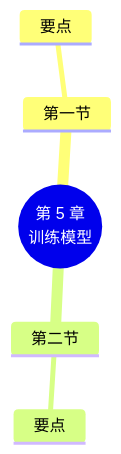
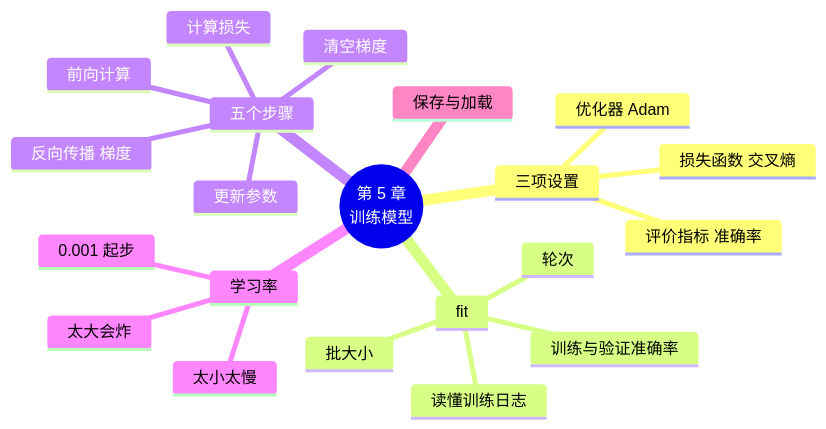
Before and after one commit to MingziFu9/ai-frameworks: the diagram in docs/chapters/05-training/index.md, drawn with Mermaid. The commit also changed other lines of this file and 24 other files, not shown here.

````diff
--- a/docs/chapters/05-training/index.md
+++ b/docs/chapters/05-training/index.md
@@ -185,8 +635,24 @@
 ```mermaid
 mindmap
   root((第 5 章<br/>训练模型))
-    第一节
-      要点
-    第二节
-      要点
+    三项设置
+      损失函数 交叉熵
+      优化器 Adam
+      评价指标 准确率
+    fit
+      轮次
+      批大小
+      读懂训练日志
+      训练与验证准确率
+    五个步骤
+      前向计算
+      计算损失
+      清空梯度
+      反向传播 梯度
+      更新参数
+    学习率
+      太大会炸
+      太小太慢
+      0.001 起步
+    保存与加载
 ```
````
